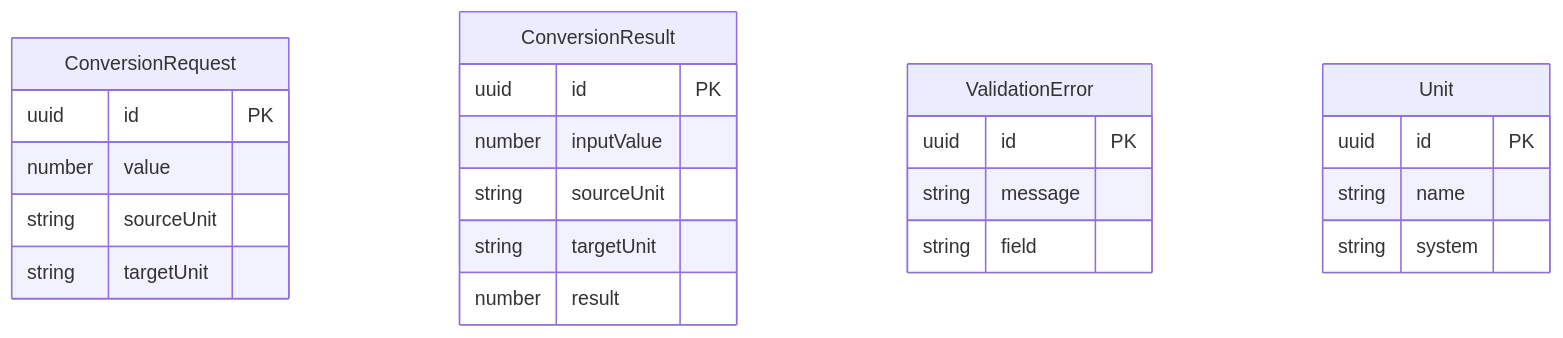
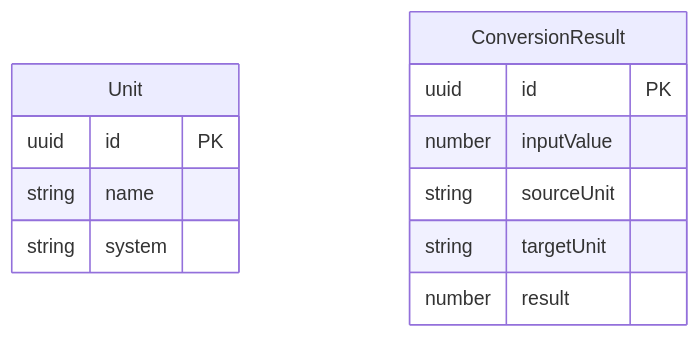
One commit to edgarkirk/project-docs changed the second of 2 diagrams in test-unitconv-001/architecture.md. Above: the diagram before and after it, drawn with Mermaid. The commit also changed other lines of this file and 1 other file, not shown here.

First line of the commit message:
fix(DF-001): align requirements with architecture — add persistence, fix data model

````diff
--- a/test-unitconv-001/architecture.md
+++ b/test-unitconv-001/architecture.md
@@ -35,26 +38,15 @@
 ```mermaid
 erDiagram
-  ConversionRequest {
+  Unit {
     uuid id PK
-    number value
-    string sourceUnit
-    string targetUnit
+    string name
+    string system
   }
   ConversionResult {
     uuid id PK
     number inputValue
     string sourceUnit
     string targetUnit
     number result
   }
-  ValidationError {
-    uuid id PK
-    string message
-    string field
-  }
-  Unit {
-    uuid id PK
-    string name
-    string system
-  }
 ```
````
